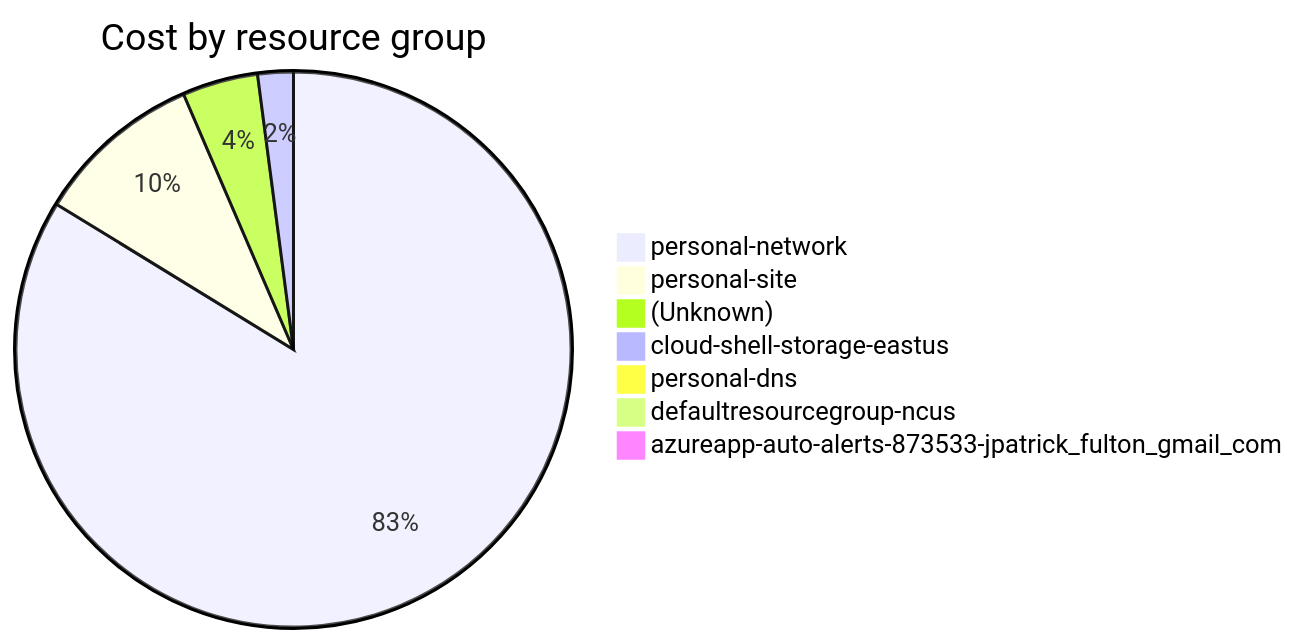
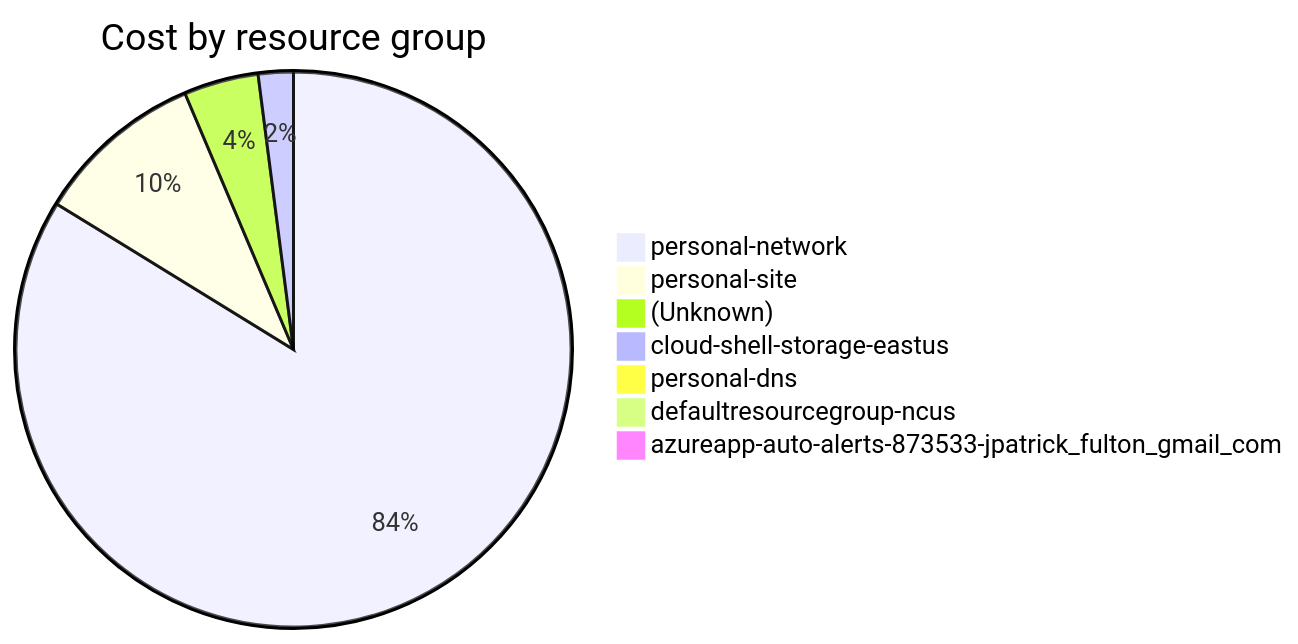
Before and after one commit to jpfulton/azure-personal-reports: the fourth of 4 diagrams in cost-reports/accumulated-cost.md, drawn with Mermaid. The commit also changed other lines of this file and 4 other files, not shown here.

````diff
--- a/cost-reports/accumulated-cost.md
+++ b/cost-reports/accumulated-cost.md
@@ -159,11 +159,11 @@
 ```mermaid
 pie
    title Cost by resource group
-   "personal-network" : 228.96
-   "personal-site" : 26.72
-   "(Unknown)" : 12.03
-   "cloud-shell-storage-eastus" : 5.66
-   "personal-dns" : 0.88
+   "personal-network" : 232.84
+   "personal-site" : 27.37
+   "(Unknown)" : 12.06
+   "cloud-shell-storage-eastus" : 5.67
+   "personal-dns" : 0.91
    "defaultresourcegroup-ncus" : 0.00
    "azureapp-auto-alerts-873533-jpatrick_fulton_gmail_com" : 0.00
 ```
````
